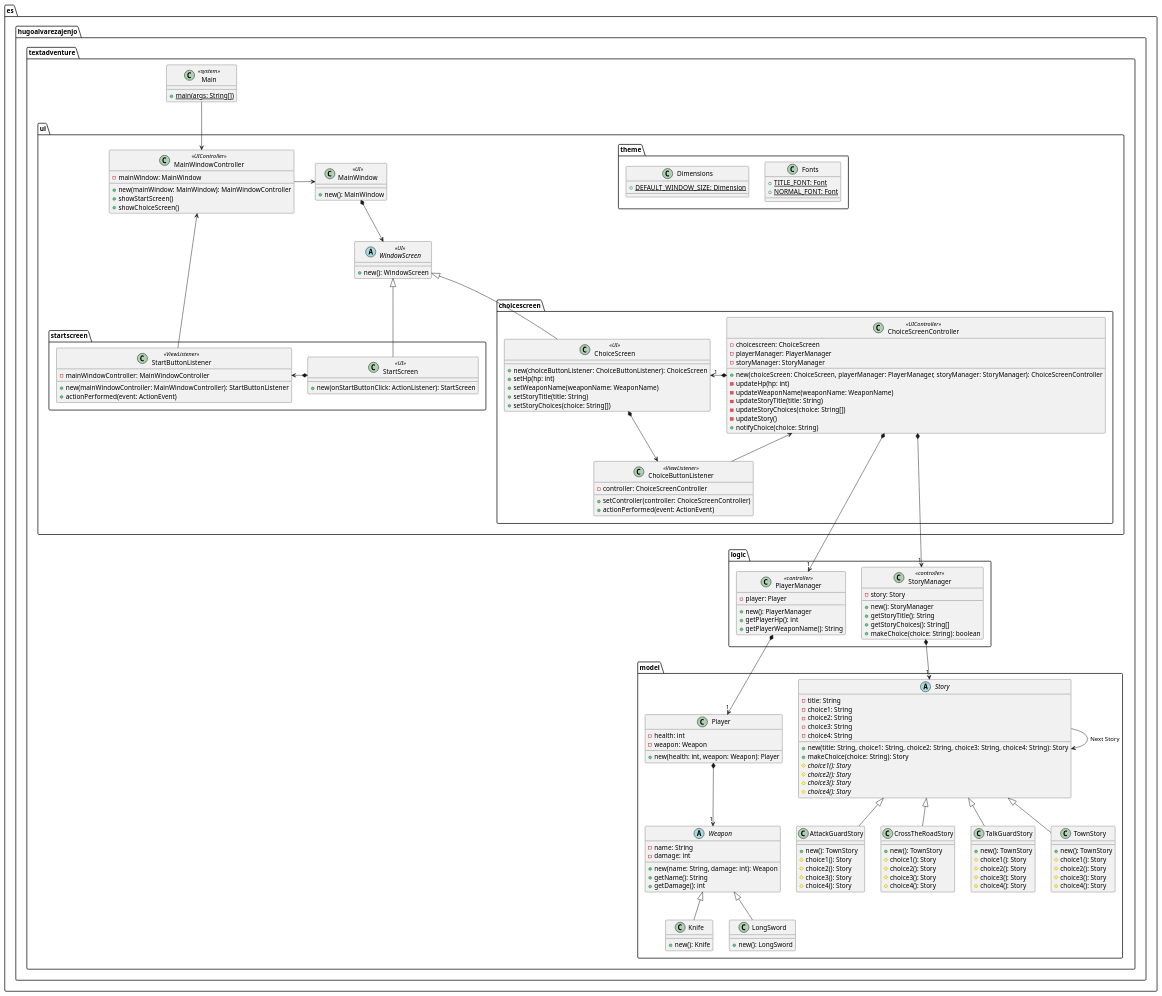
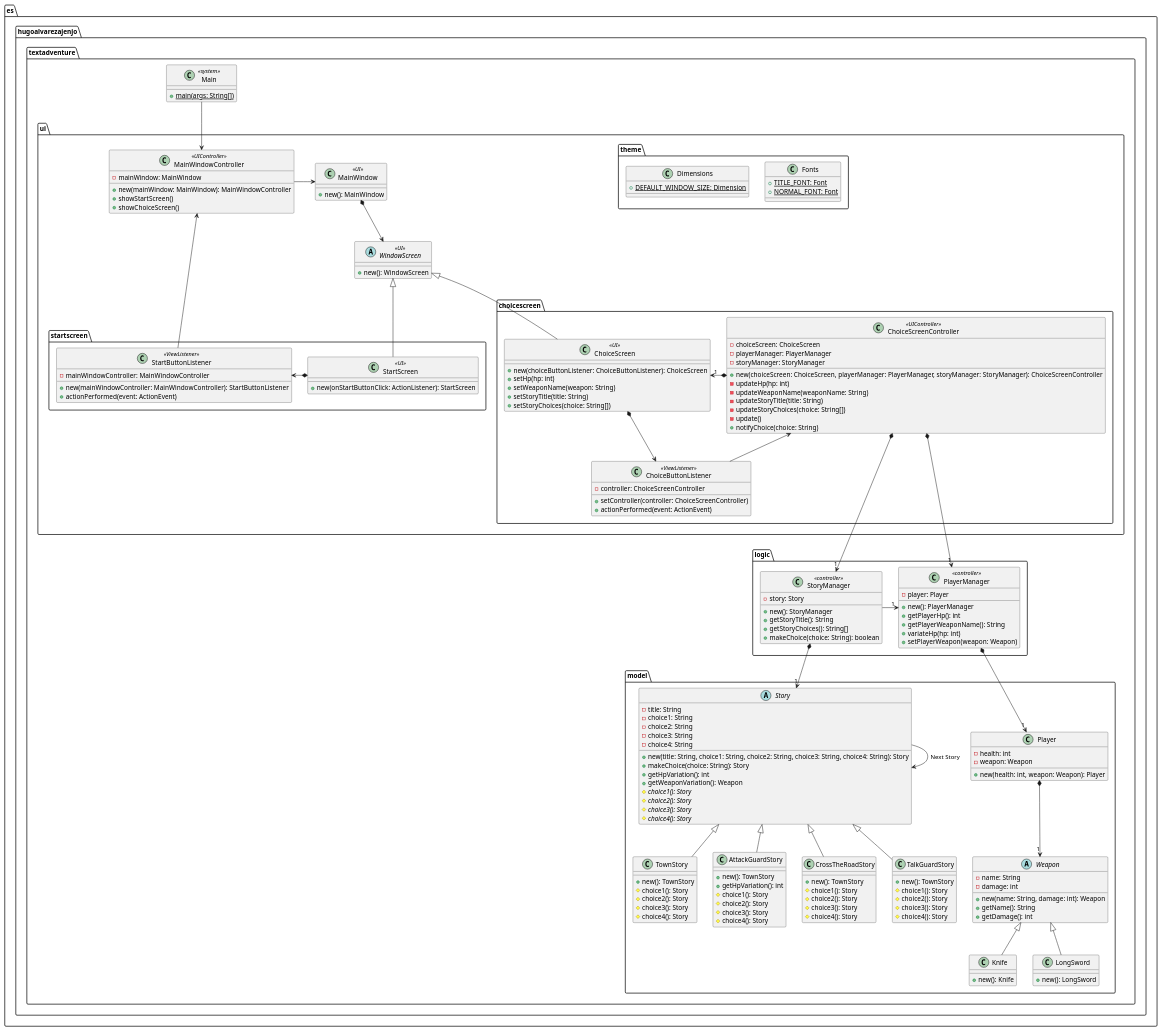
Before and after one commit to HugoAlvarezAjenjo/TextAdventure: the diagram in docs/ClassDiagram.puml, drawn with PlantUML.

Commit message:
docs: Update Class Diagram

```diff
--- a/docs/ClassDiagram.puml
+++ b/docs/ClassDiagram.puml
@@ -1,193 +1,199 @@
 @startuml TextAdventure Class Diagram
 package es.hugoalvarezajenjo.textadventure {
     package model {
         class Player {
             - health: int
             - weapon: Weapon
             + new(health: int, weapon: Weapon): Player
         }
 
         abstract Weapon{
             - name: String
             - damage: int
             + new(name: String, damage: int): Weapon
             + getName(): String
             + getDamage(): int
         }
 
         class Knife {
             + new(): Knife
         }
         class LongSword {
             + new(): LongSword
         }
 
         abstract Story {
             - title: String
             - choice1: String
             - choice2: String
             - choice3: String
             - choice4: String
             + new(title: String, choice1: String, choice2: String, choice3: String, choice4: String): Story
             + makeChoice(choice: String): Story
+            + getHpVariation(): int
+            + getWeaponVariation(): Weapon
             # {abstract} choice1(): Story
             # {abstract} choice2(): Story
             # {abstract} choice3(): Story
             # {abstract} choice4(): Story
         }
 
         class TownStory {
             + new(): TownStory
             # choice1(): Story
             # choice2(): Story
             # choice3(): Story
             # choice4(): Story
         }
 
         class AttackGuardStory{
             + new(): TownStory
+            + getHpVariation(): int
             # choice1(): Story
             # choice2(): Story
             # choice3(): Story
             # choice4(): Story
         }
 
         class CrossTheRoadStory{
             + new(): TownStory
             # choice1(): Story
             # choice2(): Story
             # choice3(): Story
             # choice4(): Story
         }
 
         class TalkGuardStory{
             + new(): TownStory
             # choice1(): Story
             # choice2(): Story
             # choice3(): Story
             # choice4(): Story
         }
     }
 
     package logic {
         class PlayerManager <<controller>>{
             - player: Player
             + new(): PlayerManager
             + getPlayerHp(): int
             + getPlayerWeaponName(): String
+            + variateHp(hp: int)
+            + setPlayerWeapon(weapon: Weapon)
         }
 
         class StoryManager <<controller>> {
             - story: Story
             + new(): StoryManager
             + getStoryTitle(): String
             + getStoryChoices(): String[]
             + makeChoice(choice: String): boolean
         }
     }
 
     package ui {
         class MainWindow <<UI>> {
             + new(): MainWindow
         }
         class MainWindowController <<UIController>> {
             - mainWindow: MainWindow
             + new(mainWindow: MainWindow): MainWindowController
             + showStartScreen()
             + showChoiceScreen()
         }
         abstract WindowScreen <<UI>> {
             + new(): WindowScreen
         }
 
         package theme {
             class Fonts {
                 + {static} TITLE_FONT: Font
                 + {static} NORMAL_FONT: Font
             }
             class Dimensions {
                 + {static} DEFAULT_WINDOW_SIZE: Dimension
             }
         }
 
         package startscreen {
             class StartScreen <<UI>> {
                 +new(onStartButtonClick: ActionListener): StartScreen
             }
             class StartButtonListener <<ViewListener>> {
                 - mainWindowController: MainWindowController
                 + new(mainWindowController: MainWindowController): StartButtonListener
                 + actionPerformed(event: ActionEvent)
             }
         }
 
         package choicescreen {
             class ChoiceScreen <<UI>> {
                 + new(choiceButtonListener: ChoiceButtonListener): ChoiceScreen
                 + setHp(hp: int)
-                + setWeaponName(weaponName: WeaponName)
+                + setWeaponName(weapon: String)
                 + setStoryTitle(title: String)
                 + setStoryChoices(choice: String[])
             }
             class ChoiceScreenController <<UIController>> {
-                - choicescreen: ChoiceScreen
+                - choiceScreen: ChoiceScreen
                 - playerManager: PlayerManager
                 - storyManager: StoryManager
                 + new(choiceScreen: ChoiceScreen, playerManager: PlayerManager, storyManager: StoryManager): ChoiceScreenController
                 - updateHp(hp: int)
-                - updateWeaponName(weaponName: WeaponName)
+                - updateWeaponName(weaponName: String)
                 - updateStoryTitle(title: String)
                 - updateStoryChoices(choice: String[])
-                - updateStory()
+                - update()
                 + notifyChoice(choice: String)
             }
             class ChoiceButtonListener <<ViewListener>> {
                 - controller: ChoiceScreenController
                 + setController(controller: ChoiceScreenController)
                 + actionPerformed(event: ActionEvent)
             }
         }
 
     }
 
     class Main <<system>>{
         + {static} main(args: String[])
     }
 }
 
 WindowScreen <|-- StartScreen
 WindowScreen <|-- ChoiceScreen
 
 Story <|-- TownStory
 Story <|-- CrossTheRoadStory
 Story <|-- TalkGuardStory
 Story <|-- AttackGuardStory
 
 Weapon <|-- Knife
 Weapon <|-- LongSword
 
 Main --> MainWindowController
 
 MainWindowController -> MainWindow
 
 MainWindow *--> WindowScreen
 
 StartButtonListener <-* StartScreen
 MainWindowController <-- StartButtonListener
 
 ChoiceScreen "1"<-* ChoiceScreenController
 ChoiceScreen *--> ChoiceButtonListener
 ChoiceScreenController <-- ChoiceButtonListener
 ChoiceScreenController *--->"1" PlayerManager
 ChoiceScreenController *--->"1" StoryManager
 
 
 PlayerManager *-->"1" Player
 
 Player *-->"1" Weapon
 
 StoryManager *-->"1" Story
+StoryManager ->"1" PlayerManager
 
 Story --> Story: Next Story
 
 @enduml
```
